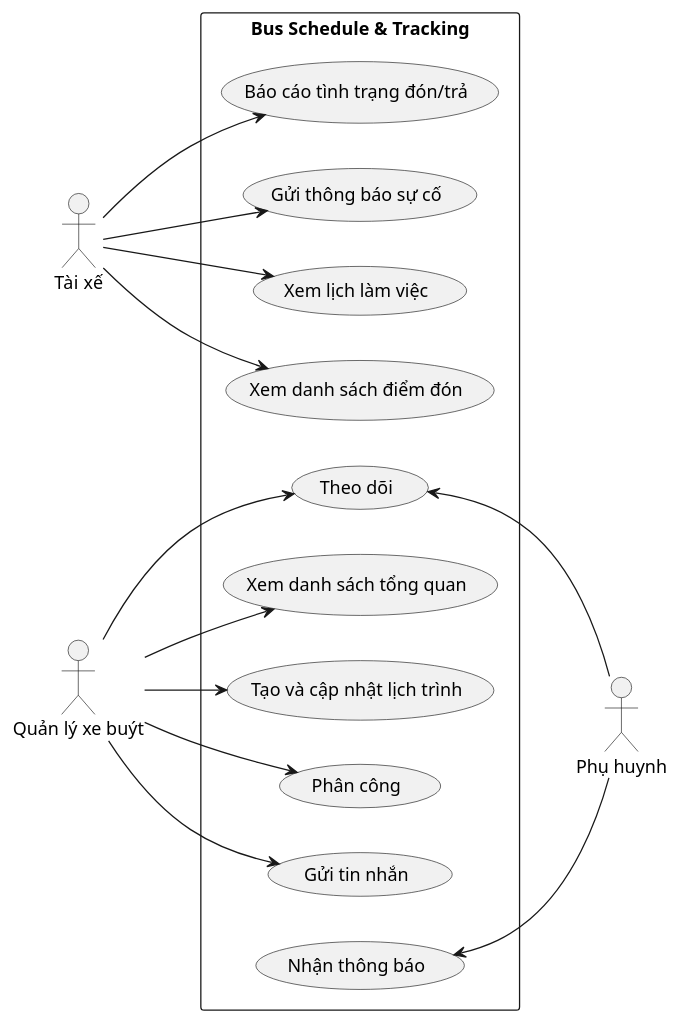
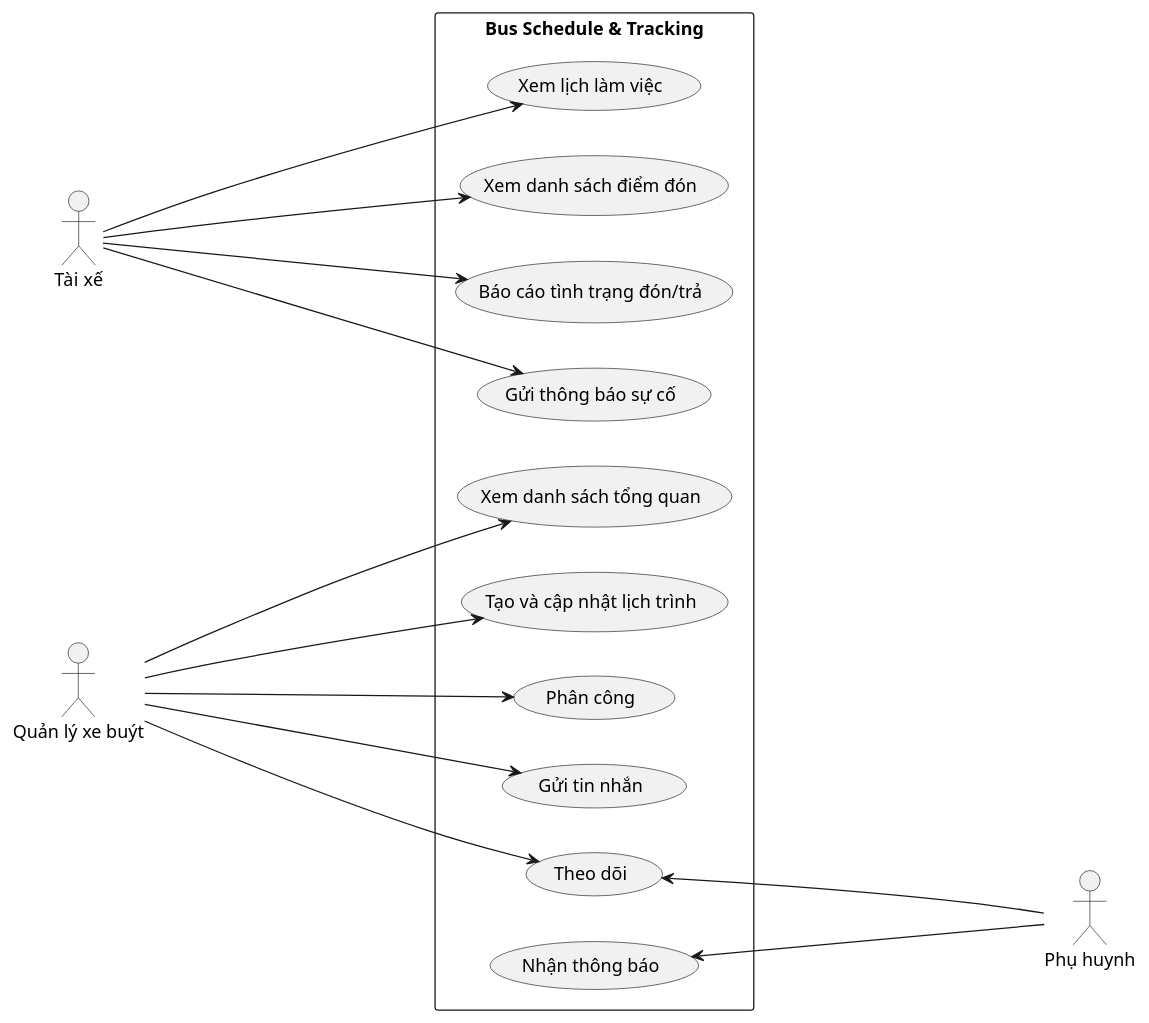
Before and after one commit to Bancie/VietBus: the diagram in uml/use_case/use_case.puml, drawn with PlantUML. The commit also changed 5 other files, not shown here.

First line of the commit message:
Add UML use case diagrams for bus tracking system

```diff
--- a/uml/use_case/use_case.puml
+++ b/uml/use_case/use_case.puml
@@ -1,33 +1,33 @@
 @startuml
 left to right direction
 actor "Tài xế" as tx
 actor "Quản lý xe buýt" as ql
 actor "Phụ huynh" as ph
 
 rectangle "Bus Schedule & Tracking" {
     usecase "Xem danh sách tổng quan" as UC1
     usecase "Tạo và cập nhật lịch trình" as UC2
     usecase "Phân công" as UC3
     usecase "Gửi tin nhắn" as UC4
     usecase "Theo dõi" as UC5
     usecase "Xem lịch làm việc" as UC6
     usecase "Xem danh sách điểm đón" as UC7
     usecase "Báo cáo tình trạng đón/trả" as UC8
     usecase "Gửi thông báo sự cố" as UC9
     usecase "Nhận thông báo" as UC10
 }
 
-ql --> UC1
-ql --> UC2
-ql --> UC3
-ql --> UC4
-ql --> UC5
+ql -----> UC1
+ql -----> UC2
+ql -----> UC3
+ql -----> UC4
+ql -----> UC5
 
-tx --> UC6
-tx --> UC7
-tx --> UC8
-tx --> UC9
+tx -----> UC6
+tx -----> UC7
+tx -----> UC8
+tx -----> UC9
 
-UC10 <-- ph
-UC5 <-- ph
+UC10 <----- ph
+UC5 <----- ph
 @enduml
```
